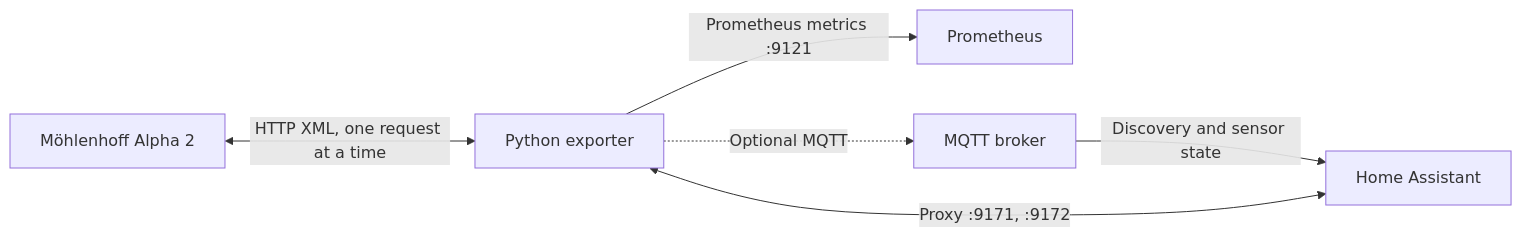
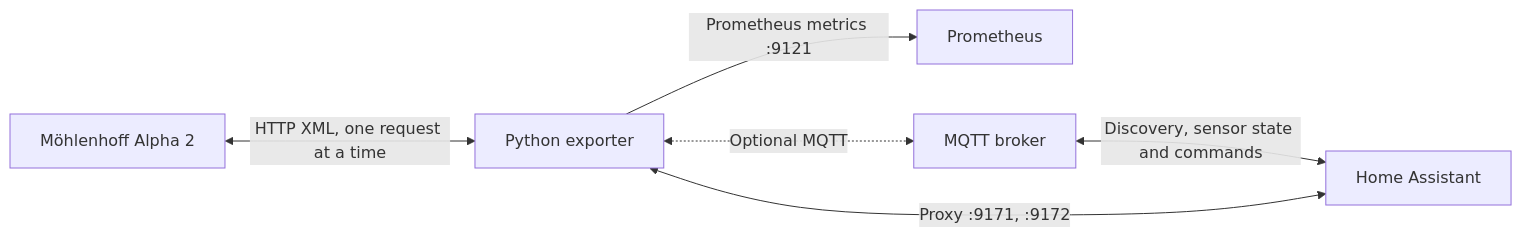
Before and after one commit to vgropp/moehlenhoff-mqtt-exporter: the diagram in README.md, drawn with Mermaid. The commit also changed other lines of this file and 1 other file, not shown here.

First line of the commit message:
feat: add MQTT control, expert read-out

````diff
--- a/README.md
+++ b/README.md
@@ -7,8 +7,8 @@
 ```mermaid
 flowchart LR
     controller["Möhlenhoff Alpha 2"] <-->|HTTP XML, one request at a time| exporter["Python exporter"]
     exporter -->|Prometheus metrics :9121| prometheus["Prometheus"]
-    exporter -.->|Optional MQTT| broker["MQTT broker"]
-    broker -->|Discovery and sensor state| homeassistant["Home Assistant"]
+    exporter <-.->|Optional MQTT| broker["MQTT broker"]
+    broker <-->|Discovery, sensor state and commands| homeassistant["Home Assistant"]
     exporter <-->|Proxy :9171, :9172| homeassistant
 ```
````
